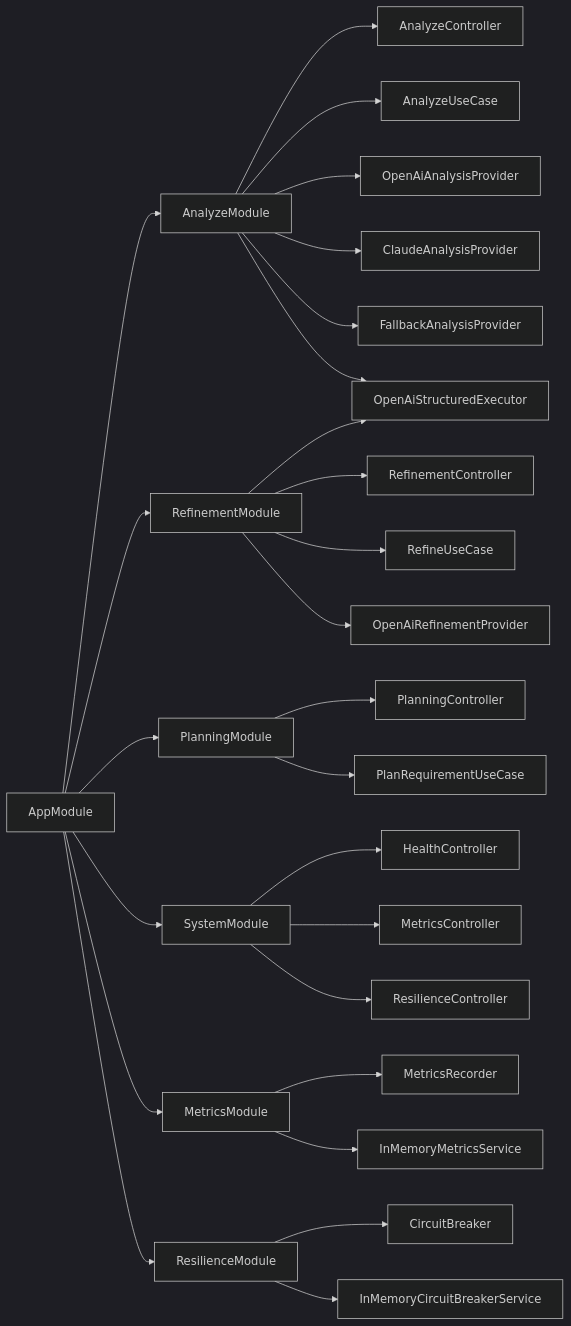
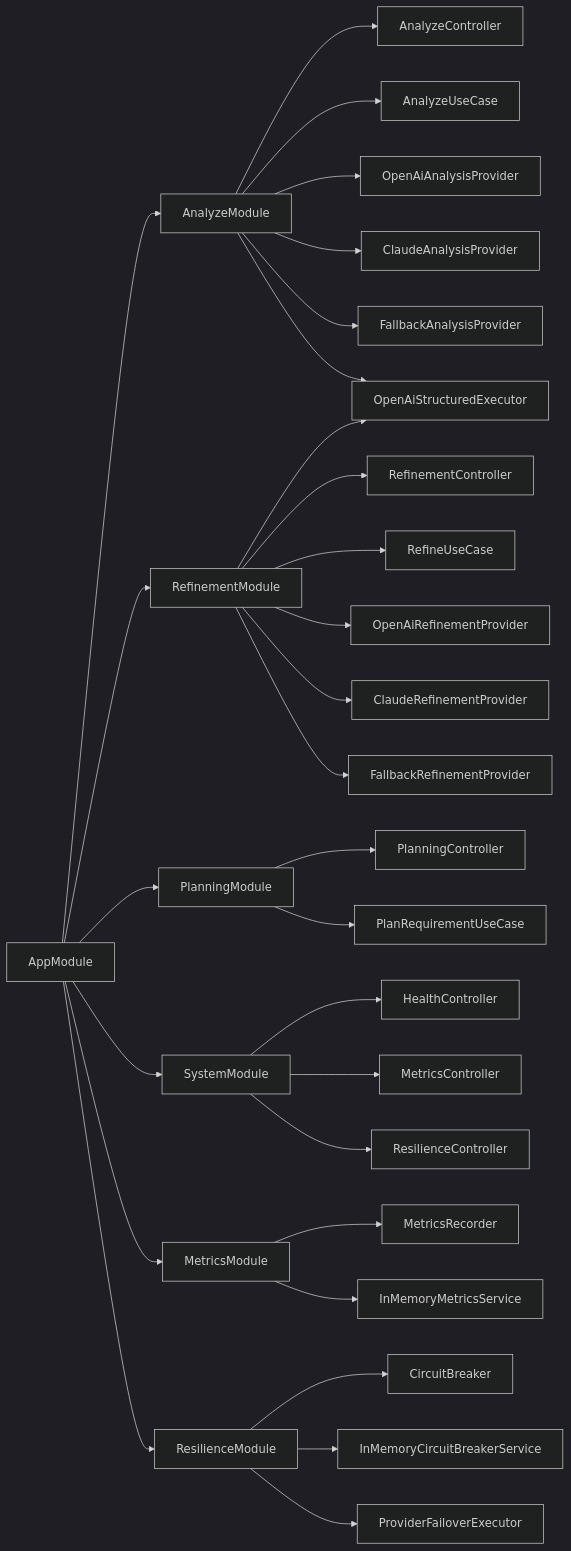
One commit to gustavoarielms/ai-orchestrator changed the diagram in docs/diagrams/module-diagram.md. Above: the diagram before and after it, drawn with Mermaid (dark theme). The commit also changed 4 other files, not shown here.

First line of the commit message:
docs(architecture): align diagrams and docs with shared failover strategy

````diff
--- a/docs/diagrams/module-diagram.md
+++ b/docs/diagrams/module-diagram.md
@@ -3,34 +3,37 @@
 ```mermaid
 flowchart LR
     AppModule --> AnalyzeModule
     AppModule --> RefinementModule
     AppModule --> PlanningModule
     AppModule --> SystemModule
     AppModule --> MetricsModule
     AppModule --> ResilienceModule
 
     AnalyzeModule --> AnalyzeController
     AnalyzeModule --> AnalyzeUseCase
     AnalyzeModule --> OpenAiAnalysisProvider
     AnalyzeModule --> ClaudeAnalysisProvider
     AnalyzeModule --> FallbackAnalysisProvider
     AnalyzeModule --> OpenAiStructuredExecutor
 
     RefinementModule --> RefinementController
     RefinementModule --> RefineUseCase
     RefinementModule --> OpenAiRefinementProvider
+    RefinementModule --> ClaudeRefinementProvider
+    RefinementModule --> FallbackRefinementProvider
     RefinementModule --> OpenAiStructuredExecutor
 
     PlanningModule --> PlanningController
     PlanningModule --> PlanRequirementUseCase
 
     SystemModule --> HealthController
     SystemModule --> MetricsController
     SystemModule --> ResilienceController
 
     MetricsModule --> MetricsRecorder
     MetricsModule --> InMemoryMetricsService
 
     ResilienceModule --> CircuitBreaker
     ResilienceModule --> InMemoryCircuitBreakerService
+    ResilienceModule --> ProviderFailoverExecutor
 ```
````
